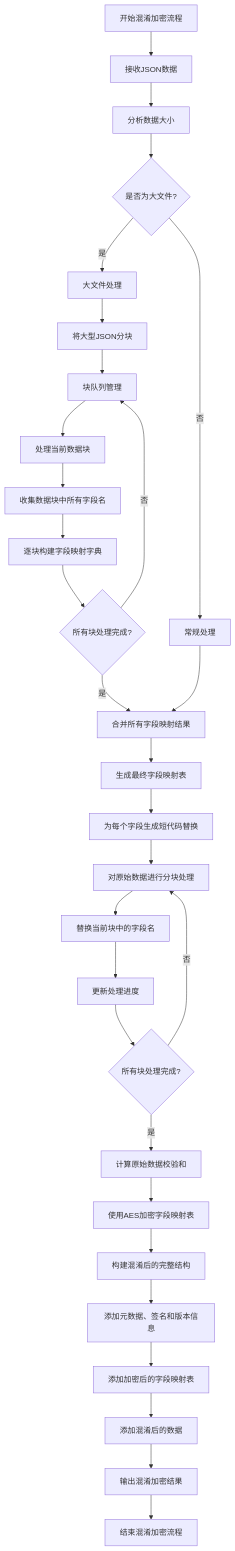
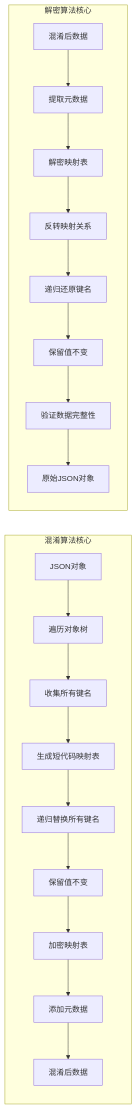
One commit to yingjianzh/iodraw-files changed the diagram in all/未命名-43.md. Above: the diagram before and after it, drawn with Mermaid.

Commit message:
2025-04-25 15:29:57 update

````diff
--- a/all/未命名-43.md
+++ b/all/未命名-43.md
@@ -1,44 +1,23 @@
 ```mermaid
-
-flowchart TD
-    A[开始混淆加密流程] --> B[接收JSON数据]
+flowchart LR
+    subgraph 混淆算法核心
+        A1[JSON对象] --> B1[遍历对象树]
+        B1 --> C1[收集所有键名]
+        C1 --> D1[生成短代码映射表]
+        D1 --> E1[递归替换所有键名]
+        E1 --> F1[保留值不变]
+        F1 --> G1[加密映射表]
+        G1 --> H1[添加元数据]
+        H1 --> I1[混淆后数据]
+    end
     
-    B --> C[分析数据大小]
-    C --> D{是否为大文件?}
-    
-    D -->|否| E[常规处理]
-    D -->|是| F[大文件处理]
-    
-    F --> F1[将大型JSON分块]
-    F1 --> F2[块队列管理]
-    
-    F2 --> G[处理当前数据块]
-    G --> H[收集数据块中所有字段名]
-    H --> I[逐块构建字段映射字典]
-    I --> J{所有块处理完成?}
-    J -->|否| F2
-    
-    J -->|是| K[合并所有字段映射结果]
-    E --> K
-    
-    K --> L[生成最终字段映射表]
-    L --> M[为每个字段生成短代码替换]
-    
-    M --> N[对原始数据进行分块处理]
-    N --> O[替换当前块中的字段名]
-    O --> P[更新处理进度]
-    P --> Q{所有块处理完成?}
-    Q -->|否| N
-    
-    Q -->|是| R[计算原始数据校验和]
-    R --> S[使用AES加密字段映射表]
-    
-    S --> T[构建混淆后的完整结构]
-    T --> U[添加元数据、签名和版本信息]
-    U --> V[添加加密后的字段映射表]
-    V --> W[添加混淆后的数据]
-    
-    W --> X[输出混淆加密结果]
-    X --> Y[结束混淆加密流程]
-
+    subgraph 解密算法核心
+        A2[混淆后数据] --> B2[提取元数据]
+        B2 --> C2[解密映射表]
+        C2 --> D2[反转映射关系]
+        D2 --> E2[递归还原键名]
+        E2 --> F2[保留值不变]
+        F2 --> G2[验证数据完整性]
+        G2 --> H2[原始JSON对象]
+    end
 ```
````
